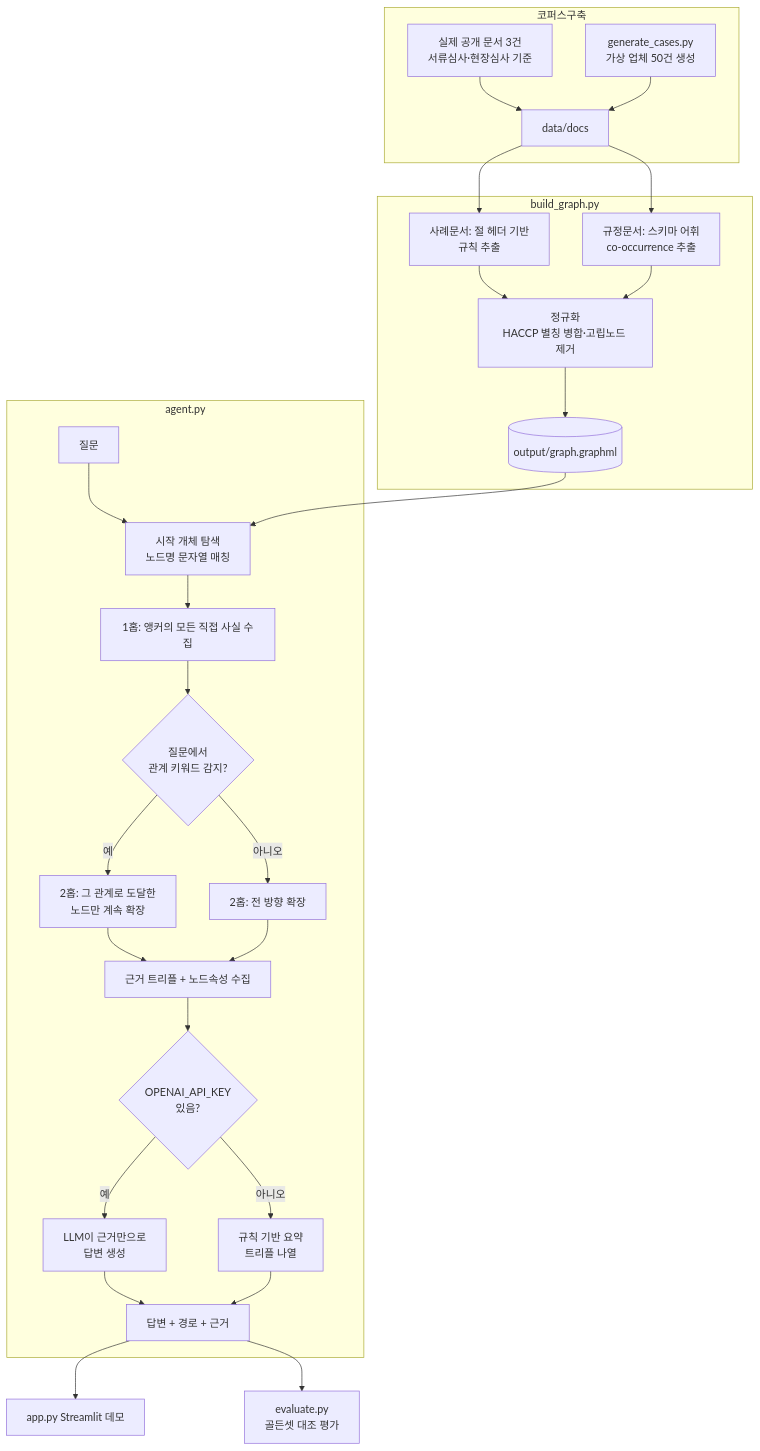
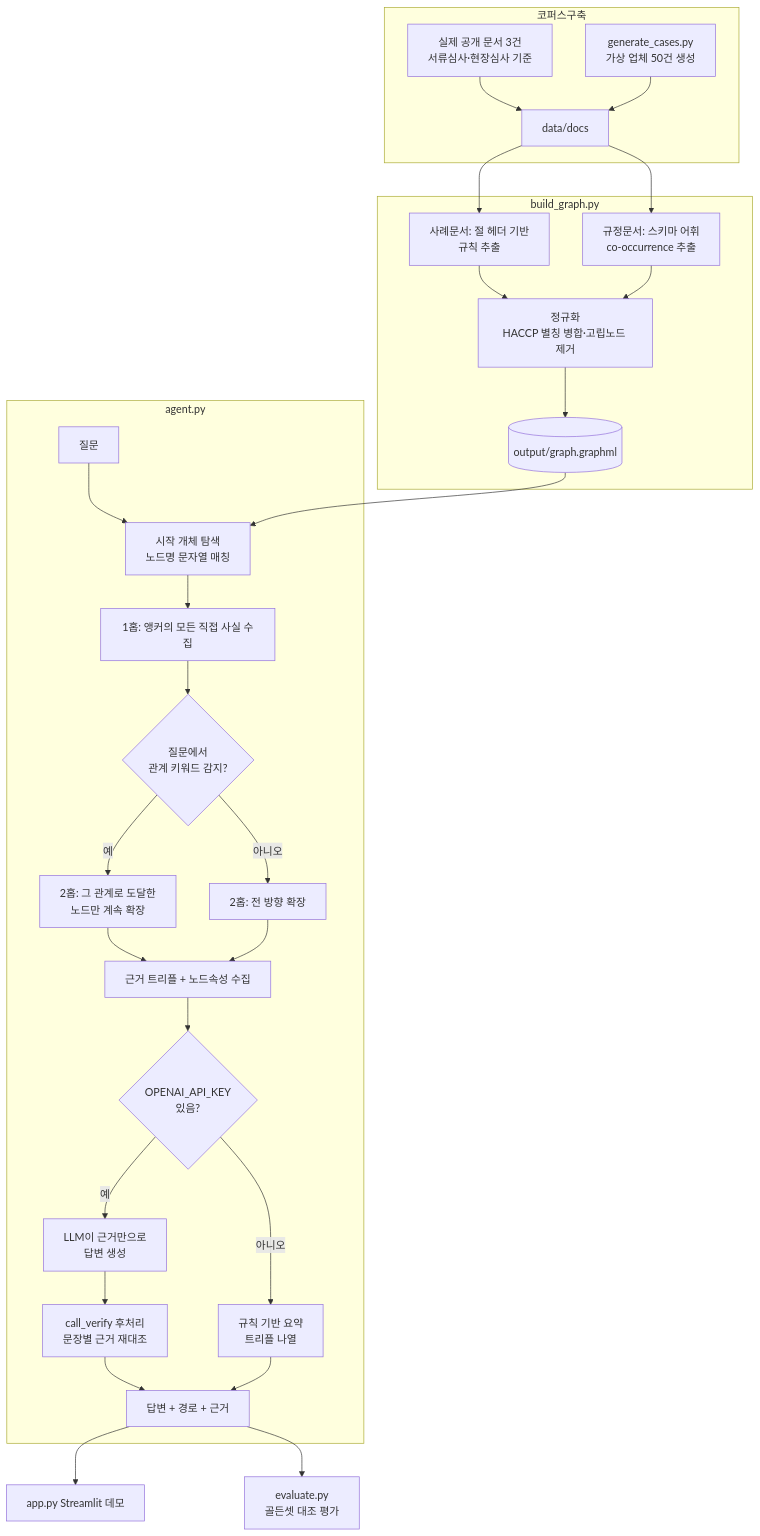
One commit to hera93939393-ctrl/my-graph-agent changed the diagram in REPORT.md. Above: the diagram before and after it, drawn with Mermaid. The commit also changed other lines of this file and 2 other files, not shown here.

Commit message:
답변 생성 후 근거 재대조하는 검증 후처리 단계(call_verify) 추가
LLM이 답변을 만든 뒤 별도 LLM 호출로 각 문장이 근거 삼중항과 실제로
대응하는지 다시 대조하고, 뒷받침 안 되는 주장은 빼거나 고친다.

일부러 틀린 답을 흘려보내 검증했더니 문제를 정확히 잡아냈다. 다만
RESULTS_IN 엣지가 ViolationType->Sanction으로만 있고 업체별 직접
엣지가 없어서, 검증기가 틀린 값을 옳은 값으로 고치지 못하고 아예
빼버리는 과도하게 보수적인 경우도 관찰됨 — REPORT.md에 기록.

app.py에 검증 결과(수정 여부) 캡션 표시 추가.

````diff
--- a/REPORT.md
+++ b/REPORT.md
@@ -52,34 +52,35 @@
 ```mermaid
 flowchart TD
     subgraph 코퍼스구축
         A1[실제 공개 문서 3건<br/>서류심사·현장심사 기준] --> D[data/docs]
         A2[generate_cases.py<br/>가상 업체 50건 생성] --> D
     end
 
     subgraph 그래프구축["build_graph.py"]
         D --> E1[사례문서: 절 헤더 기반<br/>규칙 추출]
         D --> E2[규정문서: 스키마 어휘<br/>co-occurrence 추출]
         E1 --> N[정규화<br/>HACCP 별칭 병합·고립노드 제거]
         E2 --> N
         N --> G[(output/graph.graphml)]
     end
 
     subgraph 에이전트["agent.py"]
         Q[질문] --> R[시작 개체 탐색<br/>노드명 문자열 매칭]
         R --> H1[1홉: 앵커의 모든 직접 사실 수집]
         H1 --> RF{질문에서<br/>관계 키워드 감지?}
         RF -- 예 --> H2a[2홉: 그 관계로 도달한<br/>노드만 계속 확장]
         RF -- 아니오 --> H2b[2홉: 전 방향 확장]
         H2a --> C[근거 트리플 + 노드속성 수집]
         H2b --> C
         C --> L{OPENAI_API_KEY<br/>있음?}
         L -- 예 --> LLM[LLM이 근거만으로<br/>답변 생성]
         L -- 아니오 --> FB[규칙 기반 요약<br/>트리플 나열]
-        LLM --> AN[답변 + 경로 + 근거]
+        LLM --> V[call_verify 후처리<br/>문장별 근거 재대조]
+        V --> AN[답변 + 경로 + 근거]
         FB --> AN
     end
 
     G --> R
     AN --> APP[app.py Streamlit 데모]
     AN --> EV[evaluate.py<br/>골든셋 대조 평가]
 ```
````
